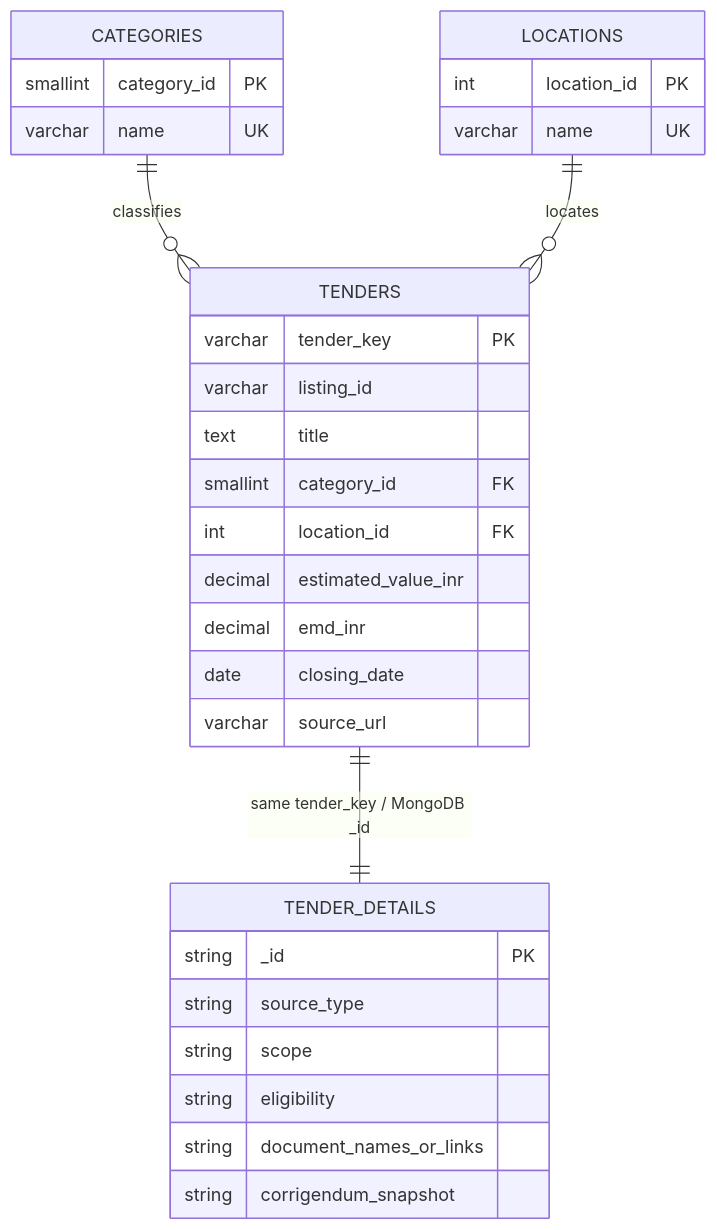
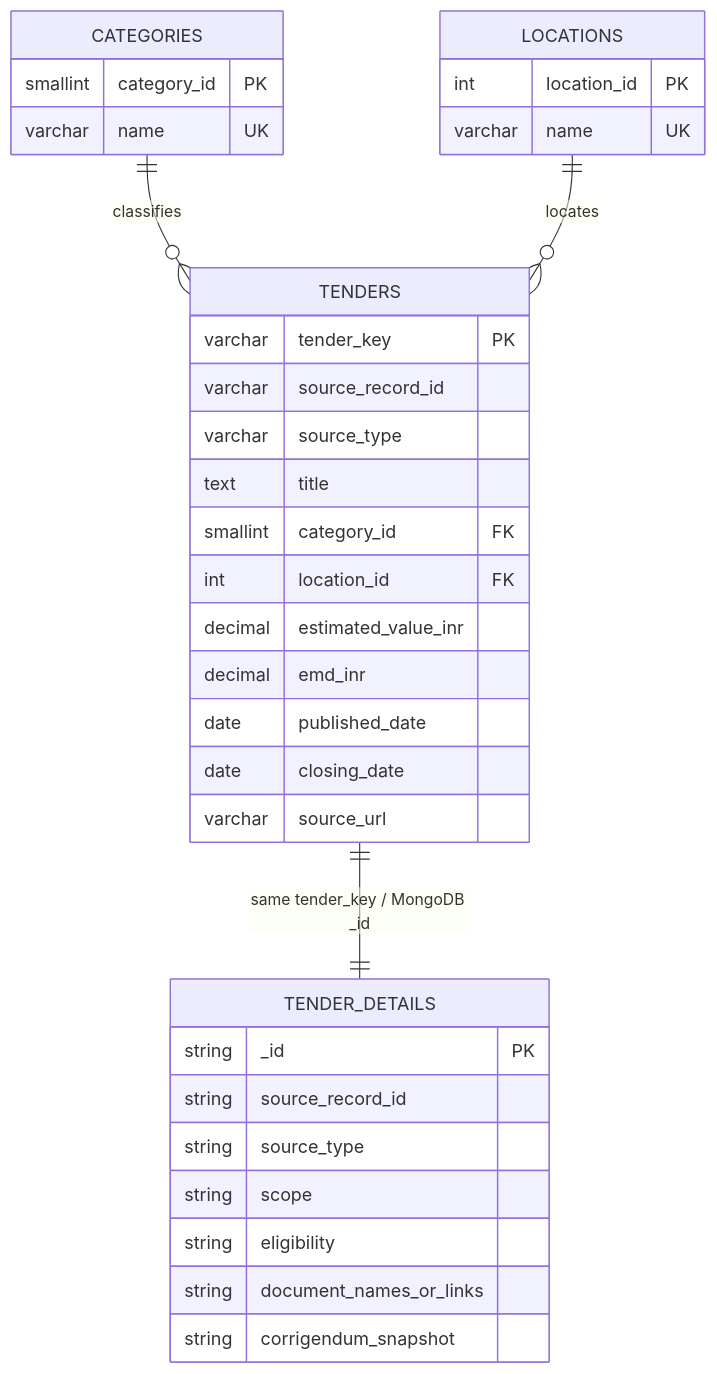
One commit to Shorya-Raj/DCDS-Project changed the second of 2 diagrams in docs/ARCHITECTURE.md. Above: the diagram before and after it, drawn with Mermaid. The commit also changed other lines of this file and 24 other files, not shown here.

````diff
--- a/docs/ARCHITECTURE.md
+++ b/docs/ARCHITECTURE.md
@@ -27,34 +38,37 @@
 ```mermaid
 erDiagram
     CATEGORIES ||--o{ TENDERS : classifies
     LOCATIONS ||--o{ TENDERS : locates
     TENDERS ||--|| TENDER_DETAILS : "same tender_key / MongoDB _id"
 
     CATEGORIES {
         smallint category_id PK
         varchar name UK
     }
     LOCATIONS {
         int location_id PK
         varchar name UK
     }
     TENDERS {
         varchar tender_key PK
-        varchar listing_id
+        varchar source_record_id
+        varchar source_type
         text title
         smallint category_id FK
         int location_id FK
         decimal estimated_value_inr
         decimal emd_inr
+        date published_date
         date closing_date
         varchar source_url
     }
     TENDER_DETAILS {
         string _id PK
+        string source_record_id
         string source_type
         string scope
         string eligibility
         string document_names_or_links
         string corrigendum_snapshot
     }
 ```
````
